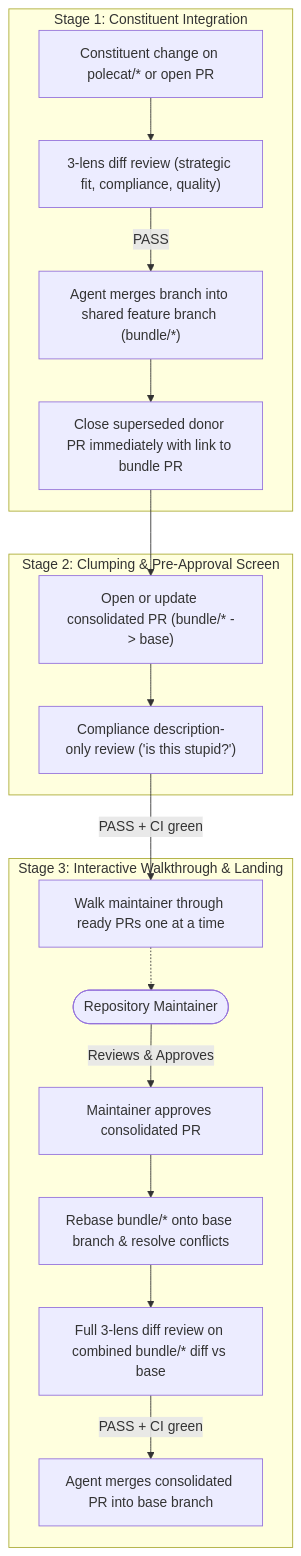
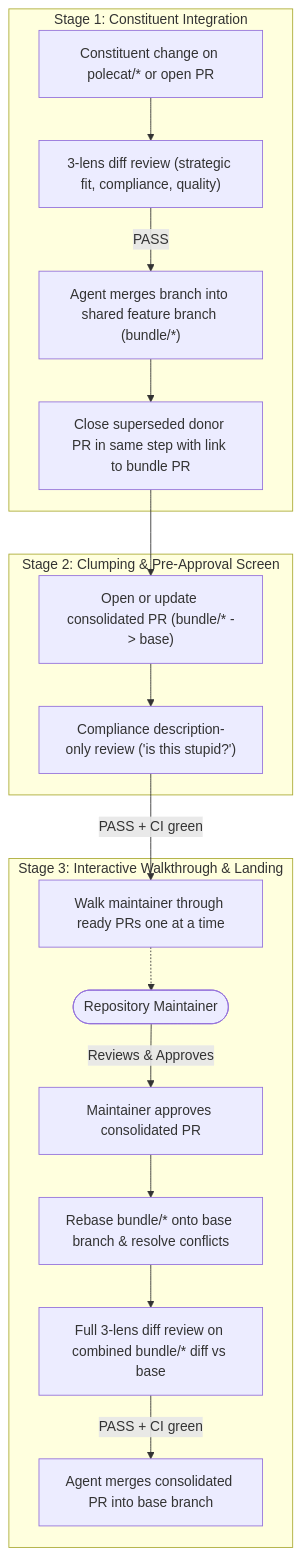
The diagram in specs/workflows/pr-lifecycle.md (nicsuzor/academicOps), drawn with Mermaid before and after one commit. The commit also changed other lines of this file, not shown here.

Commit message:
fix(review): replace unbounded adverb with concrete step bounds in pr-lifecycle spec

````diff
--- a/specs/workflows/pr-lifecycle.md
+++ b/specs/workflows/pr-lifecycle.md
@@ -14,22 +14,22 @@
 ```mermaid
 flowchart TD
     subgraph S1["Stage 1: Constituent Integration"]
         A["Constituent change on polecat/* or open PR"] --> B["3-lens diff review (strategic fit, compliance, quality)"]
         B -- "PASS" --> C["Agent merges branch into shared feature branch (bundle/*)"]
-        C --> D["Close superseded donor PR immediately with link to bundle PR"]
+        C --> D["Close superseded donor PR in same step with link to bundle PR"]
     end
 
     subgraph S2["Stage 2: Clumping & Pre-Approval Screen"]
         D --> E["Open or update consolidated PR (bundle/* -> base)"]
         E --> F["Compliance description-only review ('is this stupid?')"]
     end
 
     subgraph S3["Stage 3: Interactive Walkthrough & Landing"]
         F -- "PASS + CI green" --> G["Walk maintainer through ready PRs one at a time"]
         Maintainer(["Repository Maintainer"]) -->|Reviews & Approves| H["Maintainer approves consolidated PR"]
         G -.-> Maintainer
         H --> I["Rebase bundle/* onto base branch & resolve conflicts"]
         I --> J["Full 3-lens diff review on combined bundle/* diff vs base"]
         J -- "PASS + CI green" --> K["Agent merges consolidated PR into base branch"]
     end
 ```
````
